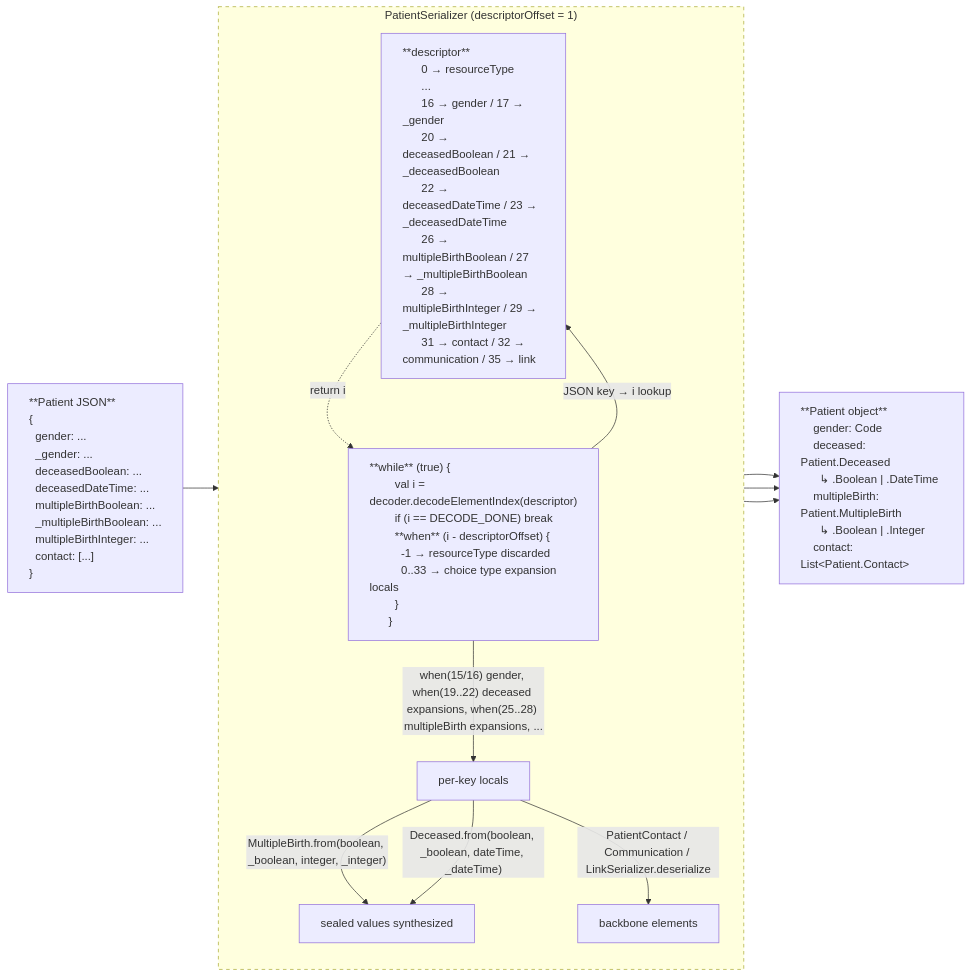
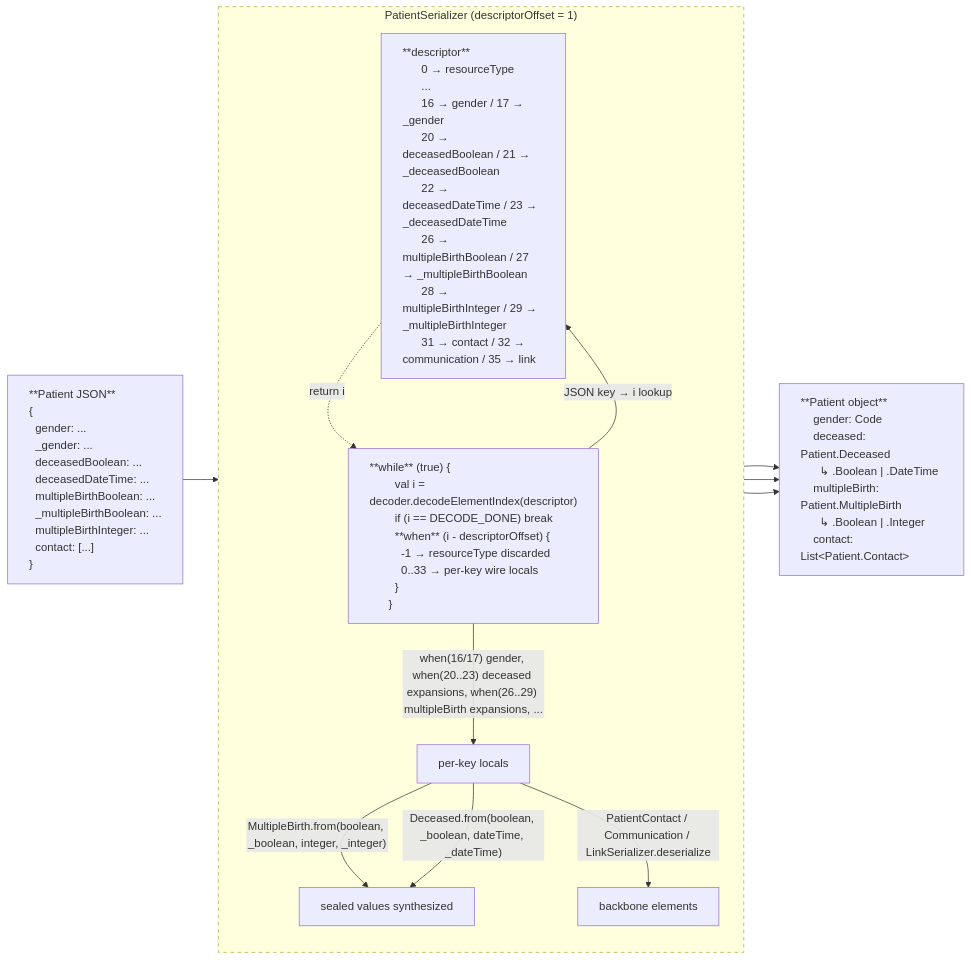
Before and after one commit to ohs-foundation/kotlin-fhir: the second of 3 diagrams in README.md, drawn with Mermaid. The commit also changed other lines of this file, not shown here.

````diff
--- a/README.md
+++ b/README.md
@@ -280,63 +279,63 @@
 ```mermaid
 graph LR
     A["**Patient JSON**
     {
     #nbsp;#nbsp;gender: ...
     #nbsp;#nbsp;_gender: ...
     #nbsp;#nbsp;deceasedBoolean: ...
     #nbsp;#nbsp;deceasedDateTime: ...
     #nbsp;#nbsp;multipleBirthBoolean: ...
     #nbsp;#nbsp;_multipleBirthBoolean: ...
     #nbsp;#nbsp;multipleBirthInteger: ...
     #nbsp;#nbsp;contact: [...]
     }
     "]
     E["**Patient object**
     gender: Code
     deceased: Patient.Deceased
     #nbsp;#nbsp;↳ .Boolean | .DateTime
     multipleBirth: Patient.MultipleBirth
     #nbsp;#nbsp;↳ .Boolean | .Integer
     contact: List&lt;Patient.Contact&gt;
     "]
 
     subgraph PS["PatientSerializer  (descriptorOffset = 1)"]
       direction TB
       Desc["**descriptor**
       0 → resourceType
       ... 
       16 → gender / 17 → _gender
       20 → deceasedBoolean / 21 → _deceasedBoolean
       22 → deceasedDateTime / 23 → _deceasedDateTime
       26 → multipleBirthBoolean / 27 → _multipleBirthBoolean
       28 → multipleBirthInteger / 29 → _multipleBirthInteger
       31 → contact / 32 → communication / 35 → link"]
 
       Loop["**while** (true) {
       #nbsp;#nbsp;val i = decoder.decodeElementIndex(descriptor)
       #nbsp;#nbsp;if (i == DECODE_DONE) break
       #nbsp;#nbsp;**when** (i - descriptorOffset) {
       #nbsp;#nbsp;#nbsp;#nbsp;-1 → resourceType discarded
-      #nbsp;#nbsp;#nbsp;#nbsp;0..33 → choice type expansion locals
+      #nbsp;#nbsp;#nbsp;#nbsp;0..33 → per-key wire locals
       #nbsp;#nbsp;}
       }"]
 
       Loop -- "JSON key → i lookup" --> Desc
       Desc -. "return i" .-> Loop
-      Loop -- "when(15/16) gender, when(19..22) deceased expansions, when(25..28) multipleBirth expansions, ..." --> Locals[per-key locals]
+      Loop -- "when(16/17) gender, when(20..23) deceased expansions, when(26..29) multipleBirth expansions, ..." --> Locals[per-key locals]
       Locals -- "MultipleBirth.from(boolean, _boolean, integer, _integer)" --> Seal[sealed values synthesized]
       Locals -- "Deceased.from(boolean, _boolean, dateTime, _dateTime)" --> Seal
       Locals -- "PatientContact / Communication / LinkSerializer.deserialize" --> BB[backbone elements]
     end
 
     A --> PS
     Seal --> E
     BB --> E
     Locals --> E
 
     style A text-align:left
     style E text-align:left
     style Desc text-align:left
     style Loop text-align:left
     style PS stroke-dasharray: 5 5
 ```
````
